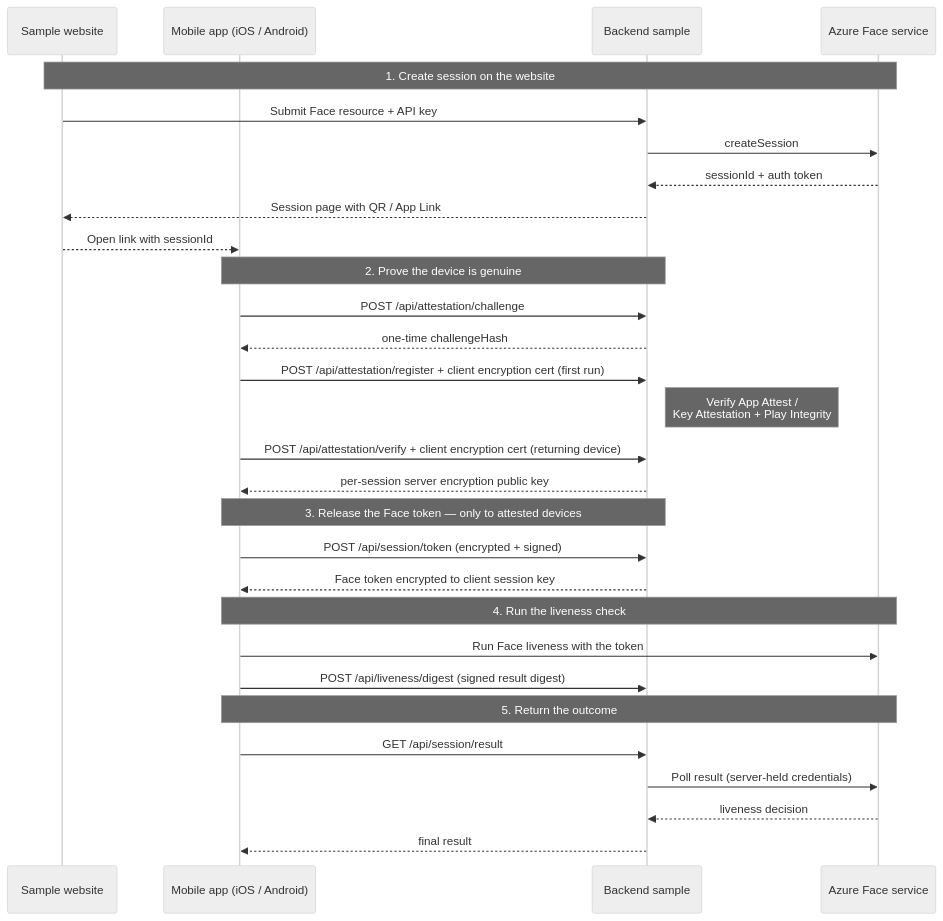
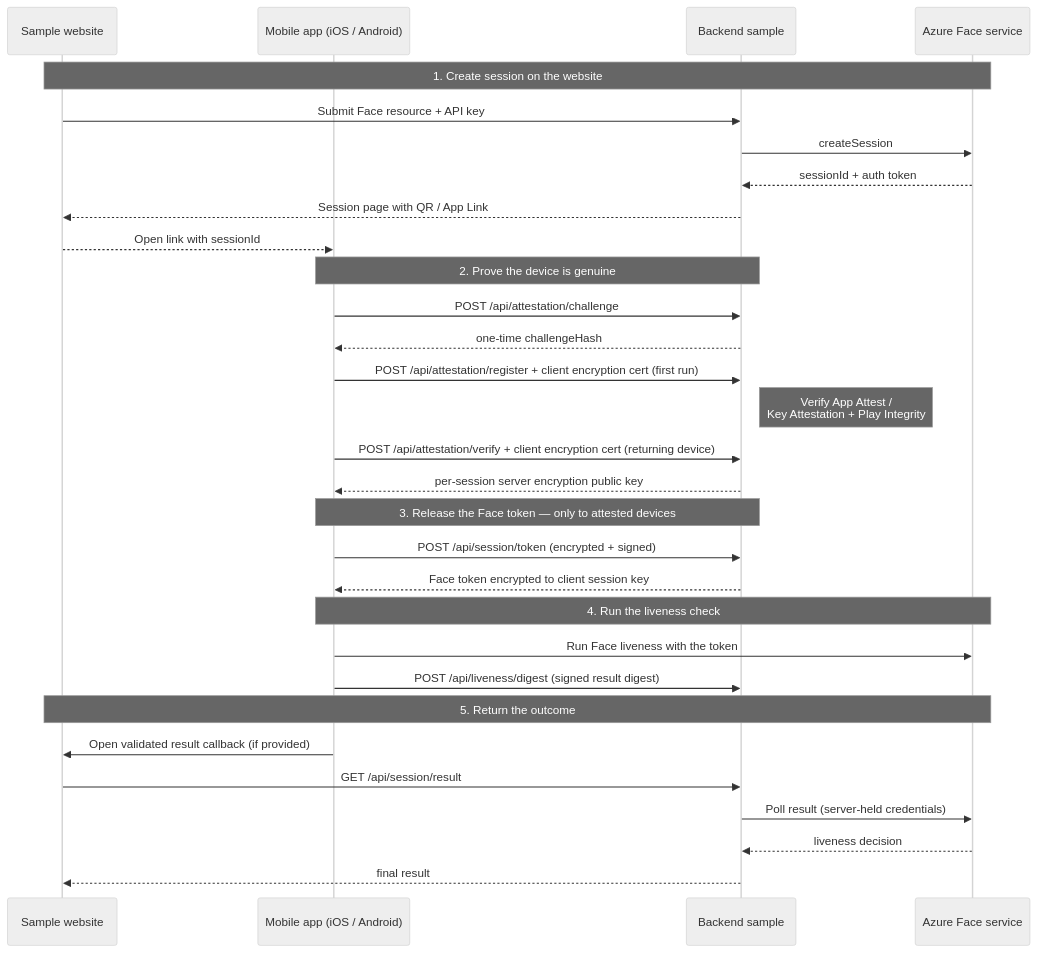
Before and after one commit to Azure-Samples/azure-ai-vision-sdk: the first of 3 diagrams in backend_samples/README.md, drawn with Mermaid (neutral theme). The commit also changed other lines of this file and 3 other files, not shown here.

````diff
--- a/backend_samples/README.md
+++ b/backend_samples/README.md
@@ -53,36 +53,37 @@
 ```mermaid
 sequenceDiagram
    participant Website as Sample website
     participant App as Mobile app (iOS / Android)
     participant Backend as Backend sample
     participant Face as Azure Face service
 
    Note over Website,Face: 1. Create session on the website
    Website->>Backend: Submit Face resource + API key
     Backend->>Face: createSession
     Face-->>Backend: sessionId + auth token
    Backend-->>Website: Session page with QR / App Link
    Website-->>App: Open link with sessionId
 
     Note over App,Backend: 2. Prove the device is genuine
     App->>Backend: POST /api/attestation/challenge
    Backend-->>App: one-time challengeHash
    App->>Backend: POST /api/attestation/register + client encryption cert (first run)
     Note right of Backend: Verify App Attest /<br/>Key Attestation + Play Integrity
    App->>Backend: POST /api/attestation/verify + client encryption cert (returning device)
    Backend-->>App: per-session server encryption public key
 
     Note over App,Backend: 3. Release the Face token — only to attested devices
    App->>Backend: POST /api/session/token (encrypted + signed)
    Backend-->>App: Face token encrypted to client session key
 
     Note over App,Face: 4. Run the liveness check
     App->>Face: Run Face liveness with the token
     App->>Backend: POST /api/liveness/digest  (signed result digest)
 
-    Note over App,Face: 5. Return the outcome
-    App->>Backend: GET /api/session/result
+   Note over Website,Face: 5. Return the outcome
+   App->>Website: Open validated result callback (if provided)
+   Website->>Backend: GET /api/session/result
     Backend->>Face: Poll result (server-held credentials)
     Face-->>Backend: liveness decision
-    Backend-->>App: final result
+   Backend-->>Website: final result
 ```
````
